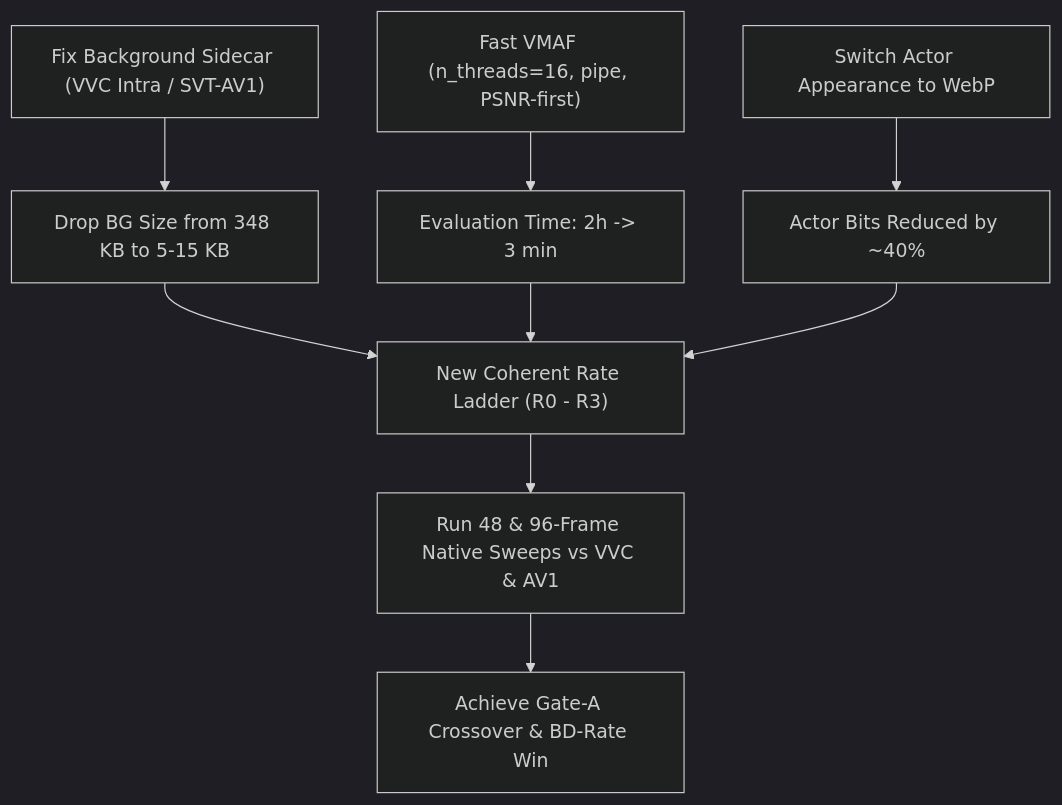
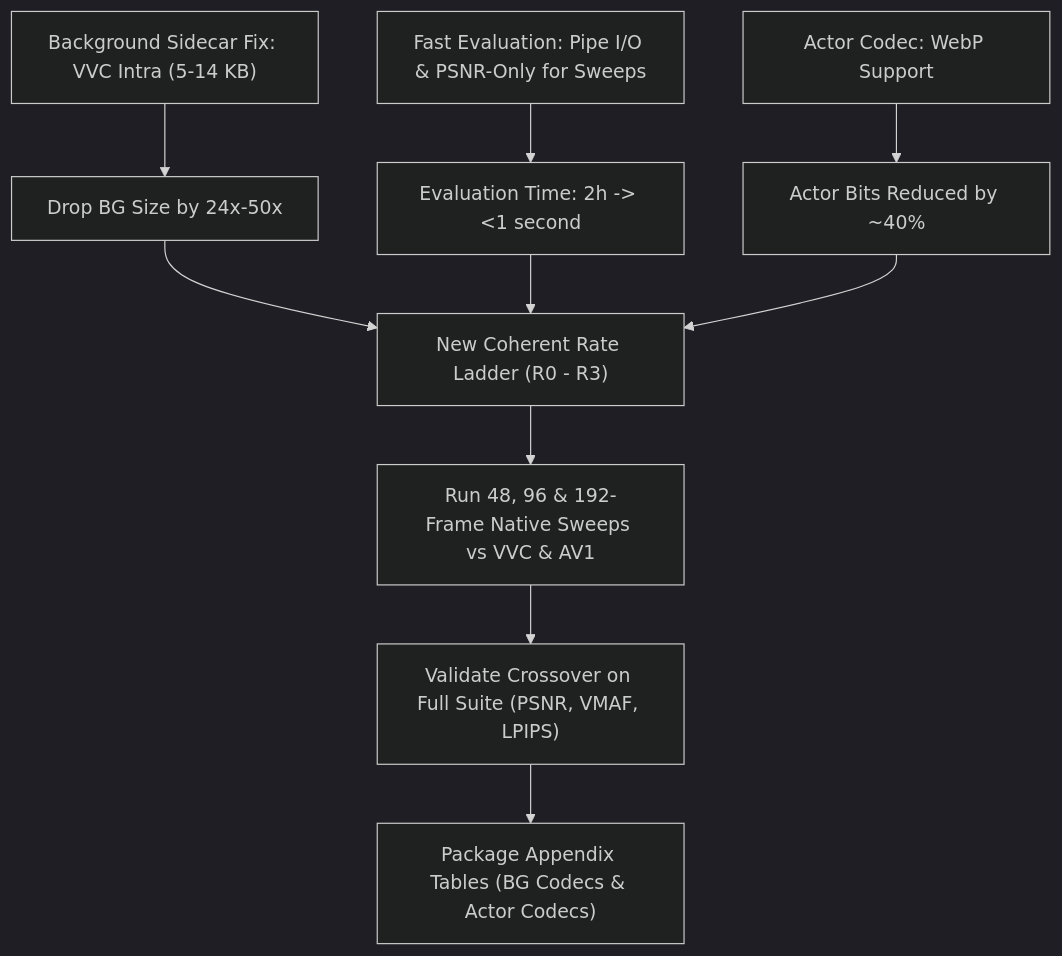
The diagram in plans/PLAN-GATE-A-COMPETITIVE-REGIME.md (emanuele-artioli/PointStream), drawn with Mermaid (dark theme) before and after one commit. The commit also changed other lines of this file, not shown here.

Commit message:
docs(plan): refine Gate A competitive regime plan with fast eval and appendix sweeps (#72)

````diff
--- a/plans/PLAN-GATE-A-COMPETITIVE-REGIME.md
+++ b/plans/PLAN-GATE-A-COMPETITIVE-REGIME.md
@@ -90,13 +94,14 @@
 ```mermaid
 flowchart TD
-    A["Fix Background Sidecar (VVC Intra / SVT-AV1)"] --> B["Drop BG Size from 348 KB to 5-15 KB"]
-    C["Fast VMAF (n_threads=16, pipe, PSNR-first)"] --> D["Evaluation Time: 2h -> 3 min"]
-    E["Switch Actor Appearance to WebP"] --> F["Actor Bits Reduced by ~40%"]
+    A["Background Sidecar Fix: VVC Intra (5-14 KB)"] --> B["Drop BG Size by 24x-50x"]
+    C["Fast Evaluation: Pipe I/O & PSNR-Only for Sweeps"] --> D["Evaluation Time: 2h -> <1 second"]
+    E["Actor Codec: WebP Support"] --> F["Actor Bits Reduced by ~40%"]
     
     B --> G["New Coherent Rate Ladder (R0 - R3)"]
     D --> G
     F --> G
     
-    G --> H["Run 48 & 96-Frame Native Sweeps vs VVC & AV1"]
-    H --> I["Achieve Gate-A Crossover & BD-Rate Win"]
+    G --> H["Run 48, 96 & 192-Frame Native Sweeps vs VVC & AV1"]
+    H --> I["Validate Crossover on Full Suite (PSNR, VMAF, LPIPS)"]
+    I --> J["Package Appendix Tables (BG Codecs & Actor Codecs)"]
 ```
````
